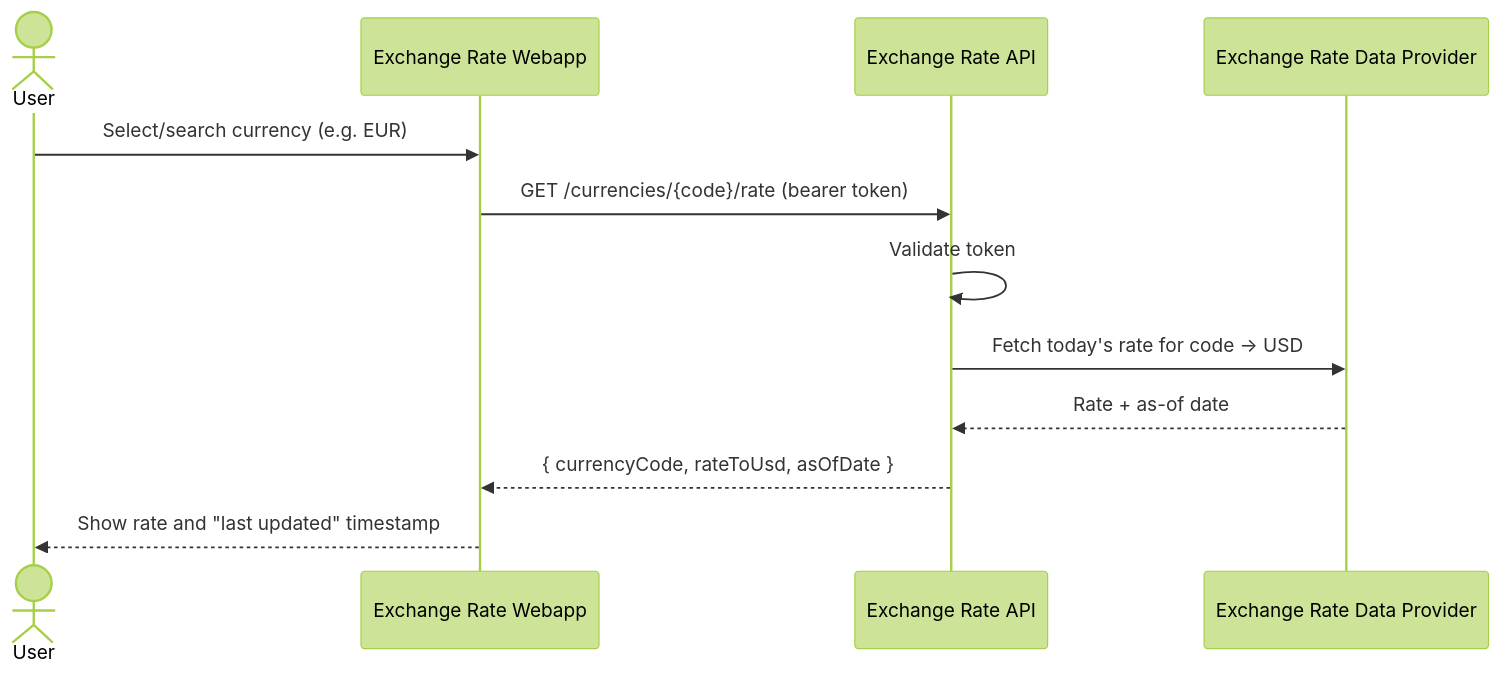
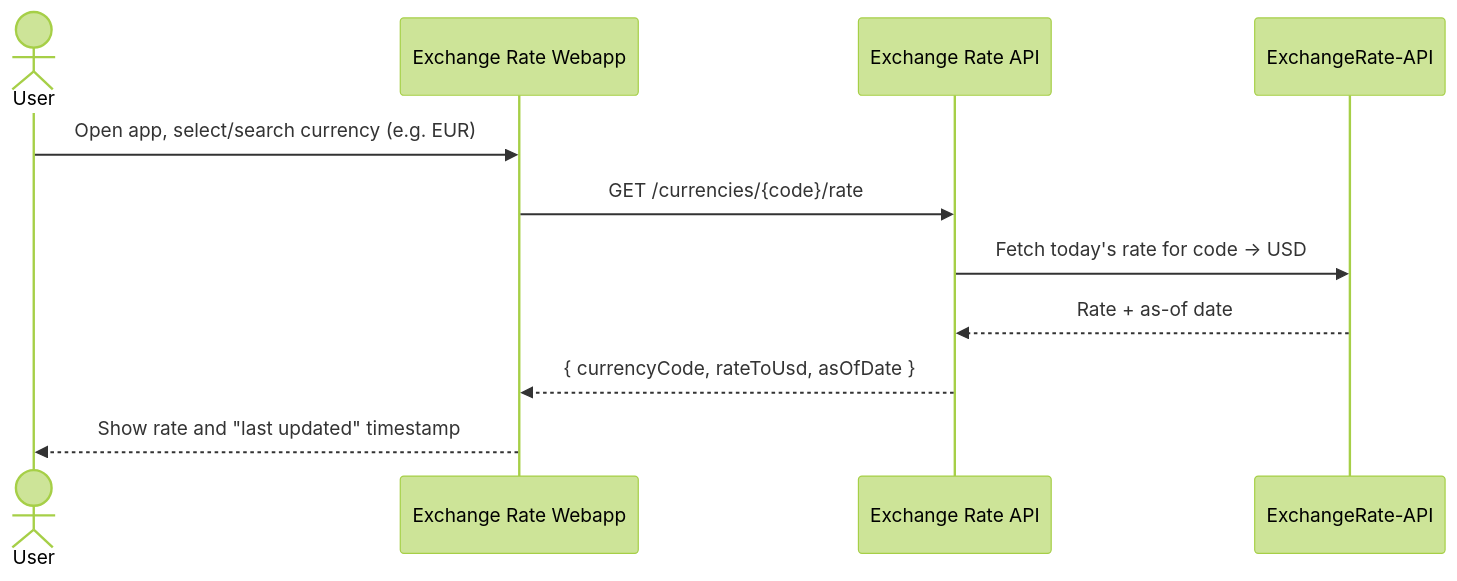
Before and after one commit to app-factory-kaj/webapp-shows-exchange-1: the third of 3 diagrams in specs/design/design.md, drawn with Mermaid (forest theme). The commit also changed other lines of this file and 7 other files, not shown here.

````diff
--- a/specs/design/design.md
+++ b/specs/design/design.md
@@ -60,15 +41,14 @@
 ```mermaid
 sequenceDiagram
     actor User
     participant Webapp as Exchange Rate Webapp
     participant API as Exchange Rate API
-    participant Provider as Exchange Rate Data Provider
+    participant Provider as ExchangeRate-API
 
-    User->>Webapp: Select/search currency (e.g. EUR)
-    Webapp->>API: GET /currencies/{code}/rate (bearer token)
-    API->>API: Validate token
+    User->>Webapp: Open app, select/search currency (e.g. EUR)
+    Webapp->>API: GET /currencies/{code}/rate
     API->>Provider: Fetch today's rate for code -> USD
     Provider-->>API: Rate + as-of date
     API-->>Webapp: { currencyCode, rateToUsd, asOfDate }
     Webapp-->>User: Show rate and "last updated" timestamp
 ```
````
